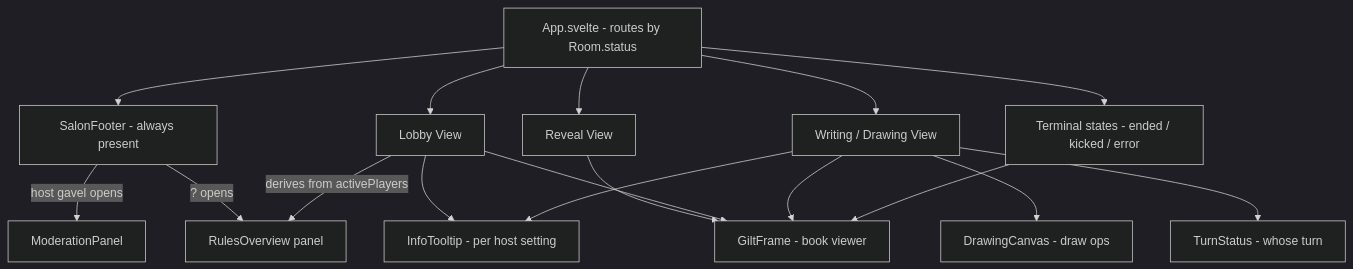
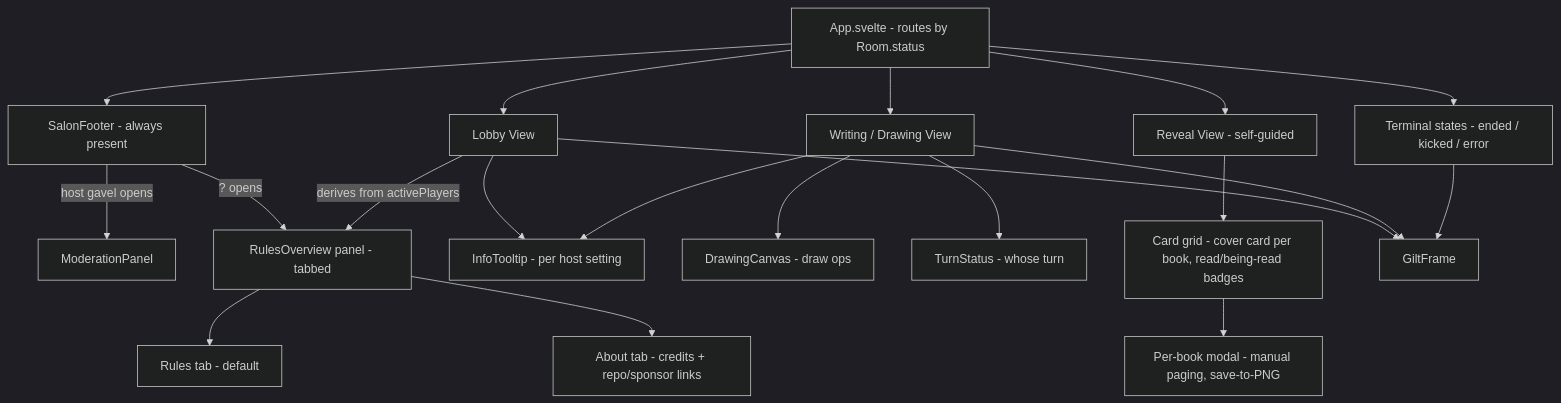
The third of 3 diagrams in README.md (moui72/exquisite-telephone), drawn with Mermaid (dark theme) before and after one commit. The commit also changed other lines of this file, not shown here.

Commit message:
docs(project): regenerate datamodel + ui diagrams
Datamodel ER gains ROOM reveal read-state fields (bookReads,
currentlyReading). UI graph reflects the self-guided Reveal (card grid ->
per-book modal, read/being-read badges) and the tabbed Rules/About panel.
Both diagram_status stale -> current.

````diff
--- a/README.md
+++ b/README.md
@@ -241,24 +243,28 @@
 ```mermaid
 graph TD
     App[App.svelte - routes by Room.status]
     App --> SalonFooter[SalonFooter - always present]
     App --> Lobby[Lobby View]
     App --> WD[Writing / Drawing View]
-    App --> Reveal[Reveal View]
+    App --> Reveal[Reveal View - self-guided]
     App --> States[Terminal states - ended / kicked / error]
 
     SalonFooter -->|host gavel opens| ModPanel[ModerationPanel]
-    SalonFooter -->|? opens| Rules[RulesOverview panel]
+    SalonFooter -->|? opens| Rules[RulesOverview panel - tabbed]
+    Rules --> RulesTab[Rules tab - default]
+    Rules --> AboutTab[About tab - credits + repo/sponsor links]
 
     Lobby --> InfoTip[InfoTooltip - per host setting]
     Lobby -->|derives from activePlayers| Rules
 
     WD --> Canvas[DrawingCanvas - draw ops]
     WD --> TurnStatus[TurnStatus - whose turn]
     WD --> InfoTip
 
-    Reveal --> Gilt[GiltFrame - book viewer]
-    Lobby --> Gilt
+    Reveal --> CardGrid[Card grid - cover card per book, read/being-read badges]
+    CardGrid --> BookModal[Per-book modal - manual paging, save-to-PNG]
+
+    Lobby --> Gilt[GiltFrame]
     WD --> Gilt
     States --> Gilt
 ```
````
